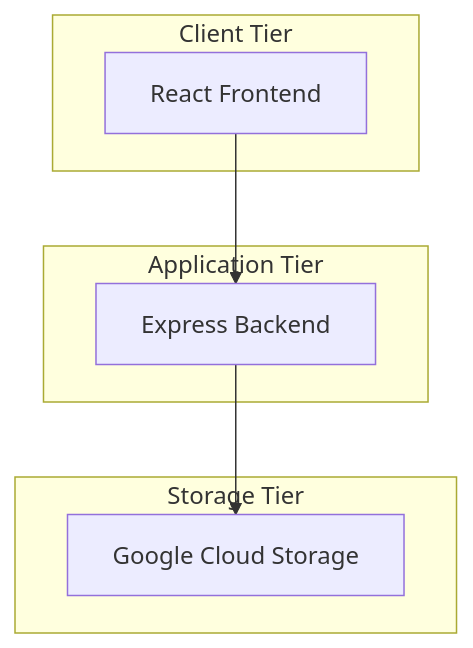
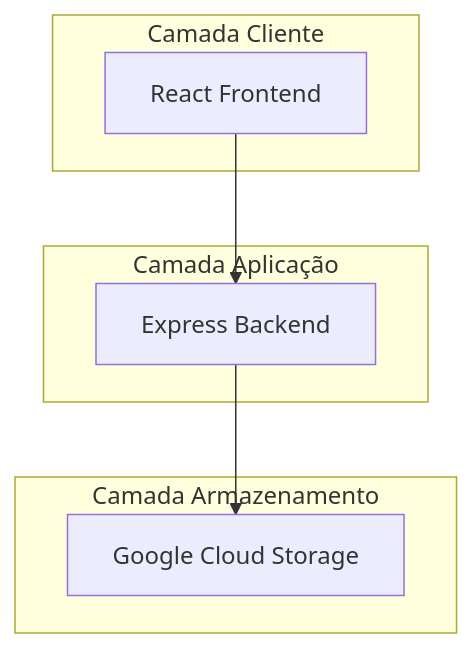
The first of 5 diagrams in docs/architecture.md (igorgcampos/dreamy-file-garden), drawn with Mermaid before and after one commit. The commit also changed other lines of this file and 12 other files, not shown here.

````diff
--- a/docs/architecture.md
+++ b/docs/architecture.md
@@ -9,17 +9,17 @@
 ```mermaid
 graph TB
-    subgraph "Client Tier"
+    subgraph "Camada Cliente"
         UI[React Frontend]
     end
     
-    subgraph "Application Tier"  
+    subgraph "Camada Aplicação"  
         API[Express Backend]
     end
     
-    subgraph "Storage Tier"
+    subgraph "Camada Armazenamento"
         GCS[Google Cloud Storage]
     end
     
     UI --> API
     API --> GCS
 ```
````
